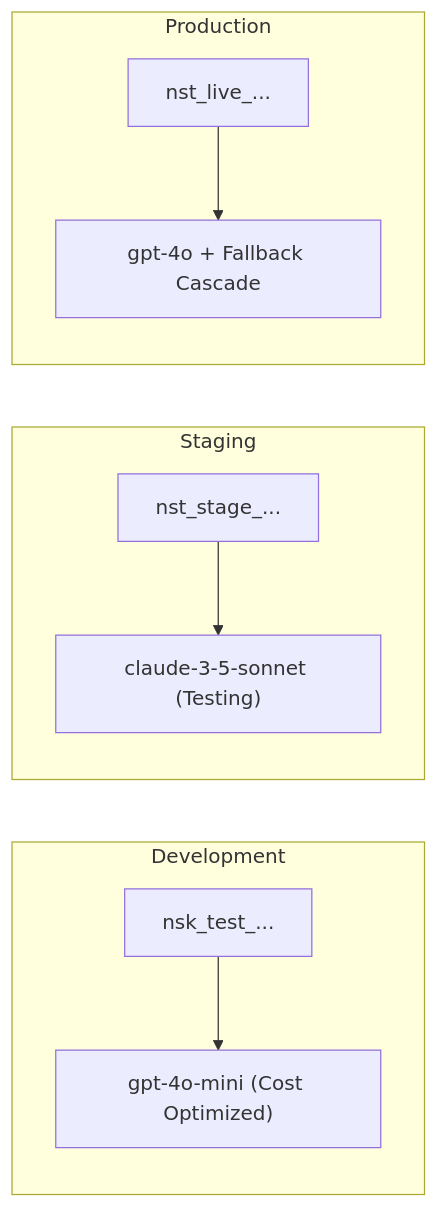
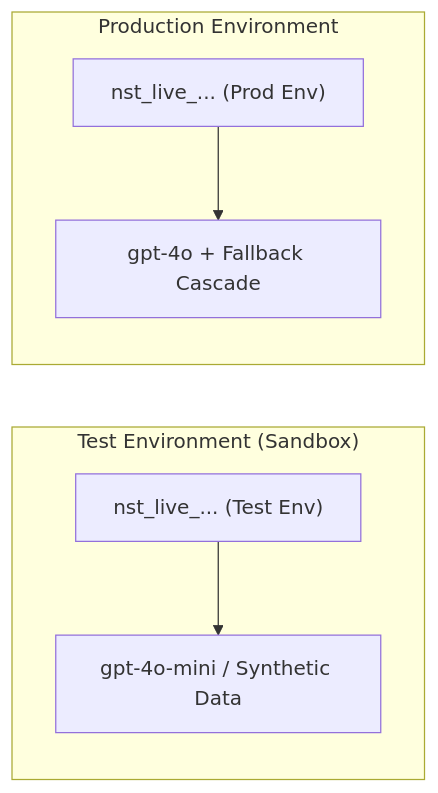
One commit to bhakha-services/naagmani-docs changed the diagram in docs/concepts/environments.md. Above: the diagram before and after it, drawn with Mermaid. The commit also changed other lines of this file and 14 other files, not shown here.

````diff
--- a/docs/concepts/environments.md
+++ b/docs/concepts/environments.md
@@ -5,12 +5,9 @@
 ```mermaid
 graph LR
-    subgraph Dev["Development"]
-        DevToken["nsk_test_..."] --> DevModel["gpt-4o-mini (Cost Optimized)"]
+    subgraph Test["Test Environment (Sandbox)"]
+        TestToken["nst_live_... (Test Env)"] --> TestModel["gpt-4o-mini / Synthetic Data"]
     end
-    subgraph Staging["Staging"]
-        StageToken["nst_stage_..."] --> StageModel["claude-3-5-sonnet (Testing)"]
-    end
-    subgraph Prod["Production"]
-        ProdToken["nst_live_..."] --> ProdModel["gpt-4o + Fallback Cascade"]
+    subgraph Prod["Production Environment"]
+        ProdToken["nst_live_... (Prod Env)"] --> ProdModel["gpt-4o + Fallback Cascade"]
     end
 ```
````
